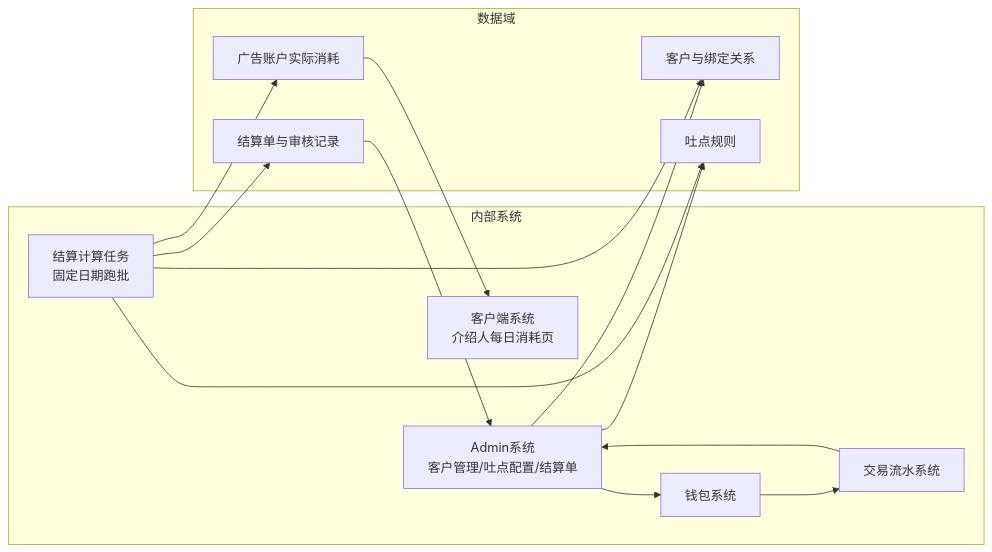
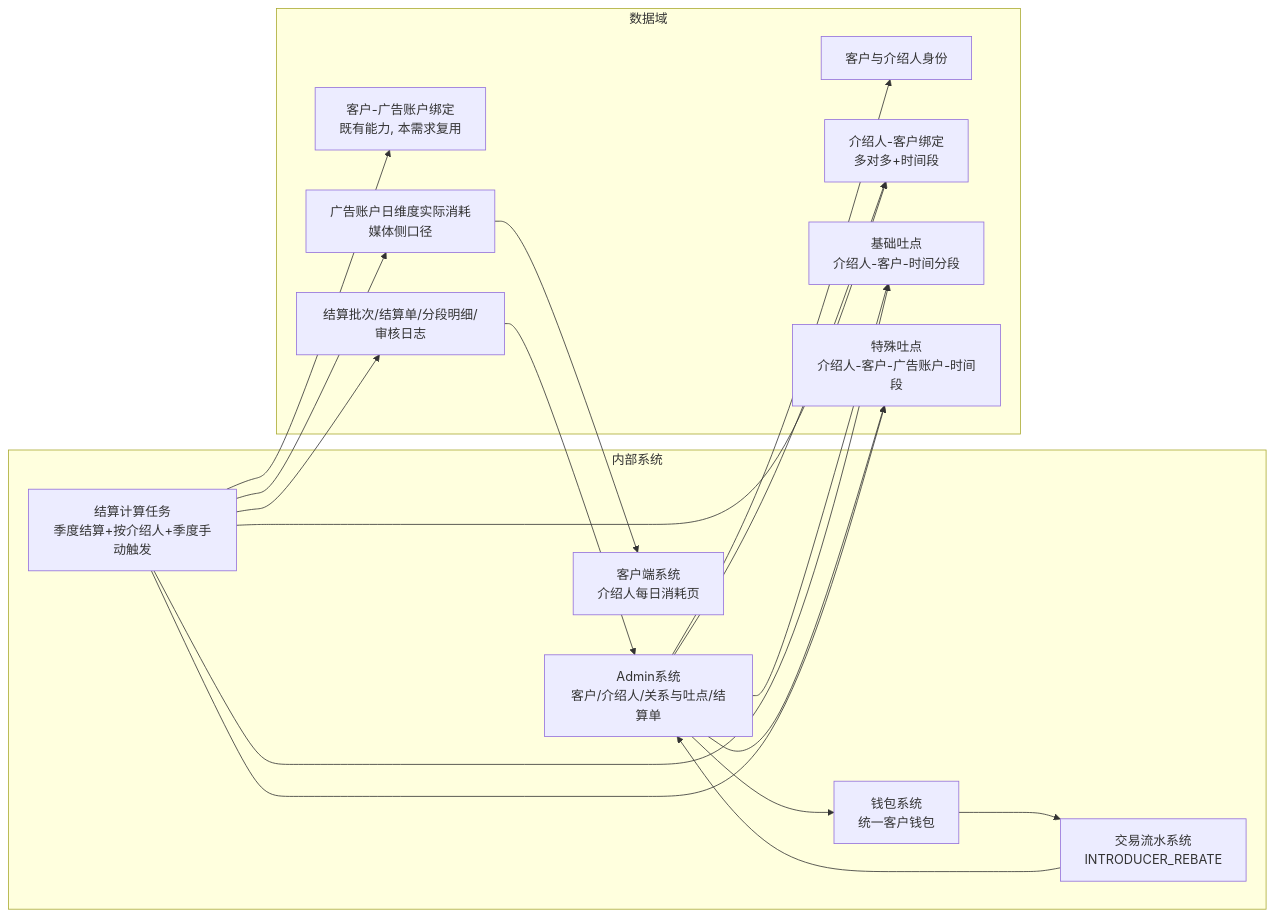
Before and after one commit to TK0918/BestAds: the first of 15 diagrams in PRD/introducer-spitpoint-prd.md, drawn with Mermaid. The commit also changed other lines of this file and 64 other files, not shown here.

````diff
--- a/PRD/introducer-spitpoint-prd.md
+++ b/PRD/introducer-spitpoint-prd.md
@@ -35,29 +39,36 @@
 ```mermaid
 flowchart LR
   subgraph Internal["内部系统"]
-    A["Admin系统<br/>客户管理/吐点配置/结算单"]
-    B["结算计算任务<br/>固定日期跑批"]
-    C["钱包系统"]
-    D["交易流水系统"]
+    A["Admin系统<br/>客户/介绍人/关系与吐点/结算单"]
+    B["结算计算任务<br/>季度结算+按介绍人+季度手动触发"]
+    C["钱包系统<br/>统一客户钱包"]
+    D["交易流水系统<br/>INTRODUCER_REBATE"]
     E["客户端系统<br/>介绍人每日消耗页"]
   end
 
   subgraph Data["数据域"]
-    F["客户与绑定关系"]
-    G["广告账户实际消耗"]
-    H["吐点规则"]
-    I["结算单与审核记录"]
+    F["客户与介绍人身份"]
+    F2["介绍人-客户绑定<br/>多对多+时间段"]
+    F3["客户-广告账户绑定<br/>既有能力, 本需求复用"]
+    G["广告账户日维度实际消耗<br/>媒体侧口径"]
+    H1["基础吐点<br/>介绍人-客户-时间分段"]
+    H2["特殊吐点<br/>介绍人-客户-广告账户-时间段"]
+    I["结算批次/结算单/分段明细/审核日志"]
   end
 
   A --> F
-  A --> H
+  A --> F2
+  A --> H1
+  A --> H2
   B --> G
-  B --> F
-  B --> H
+  B --> F2
+  B --> F3
+  B --> H1
+  B --> H2
   B --> I
   I --> A
   A --> C
   C --> D
   D --> A
   G --> E
 ```
````
